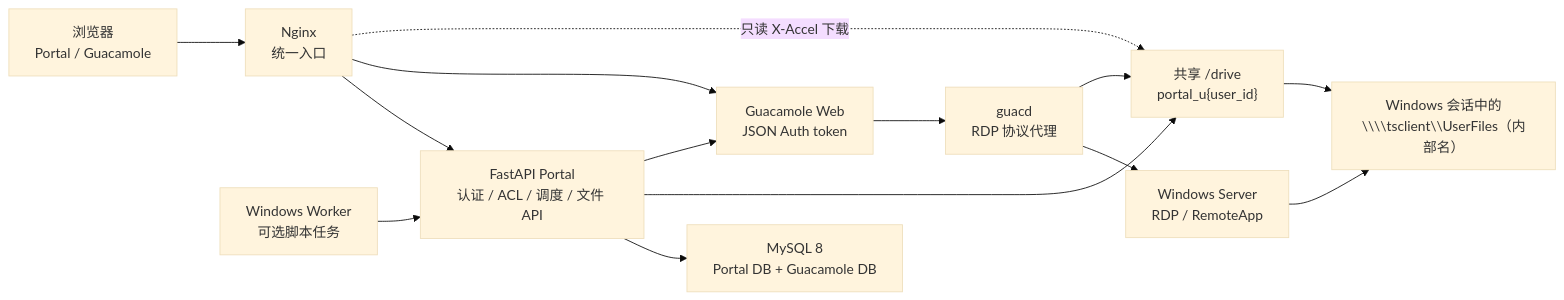
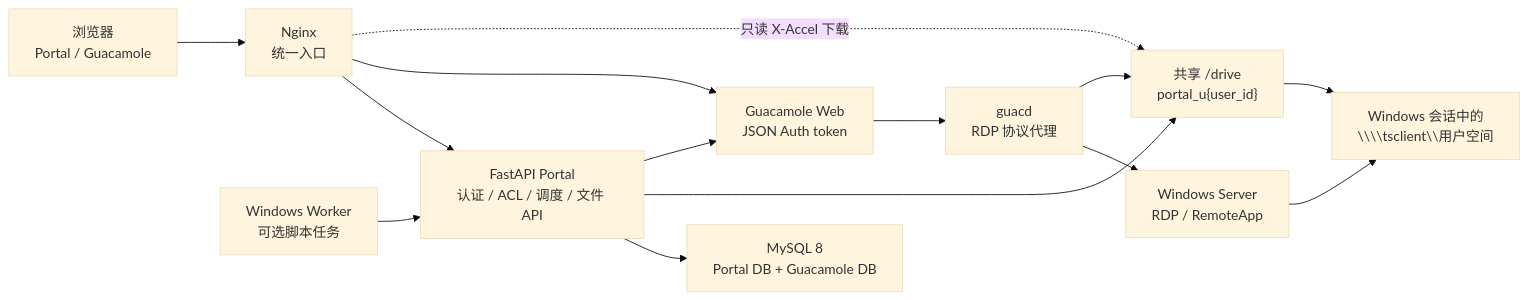
The first of 5 diagrams in README.md (MagicXran/gucamole_app), drawn with Mermaid (base theme) before and after one commit. The commit also changed other lines of this file and 49 other files, not shown here.

````diff
--- a/README.md
+++ b/README.md
@@ -74,16 +74,16 @@
 ```mermaid
 flowchart LR
     Browser["浏览器\nPortal / Guacamole"] --> Nginx["Nginx\n统一入口"]
     Nginx --> Portal["FastAPI Portal\n认证 / ACL / 调度 / 文件 API"]
     Nginx --> GuacWeb["Guacamole Web\nJSON Auth token"]
     Portal --> MySQL["MySQL 8\nPortal DB + Guacamole DB"]
     Portal --> Drive["共享 /drive\nportal_u{user_id}"]
     Portal --> GuacWeb
     GuacWeb --> Guacd["guacd\nRDP 协议代理"]
     Guacd --> WindowsHost["Windows Server\nRDP / RemoteApp"]
     Guacd --> Drive
     Nginx -. "只读 X-Accel 下载" .-> Drive
-    Drive --> UserFiles["Windows 会话中的\n\\\\tsclient\\UserFiles（内部名）"]
-    WindowsHost --> UserFiles
+    Drive --> UserSpace["Windows 会话中的\n\\\\tsclient\\用户空间"]
+    WindowsHost --> UserSpace
     Worker["Windows Worker\n可选脚本任务"] --> Portal
 ```
````
